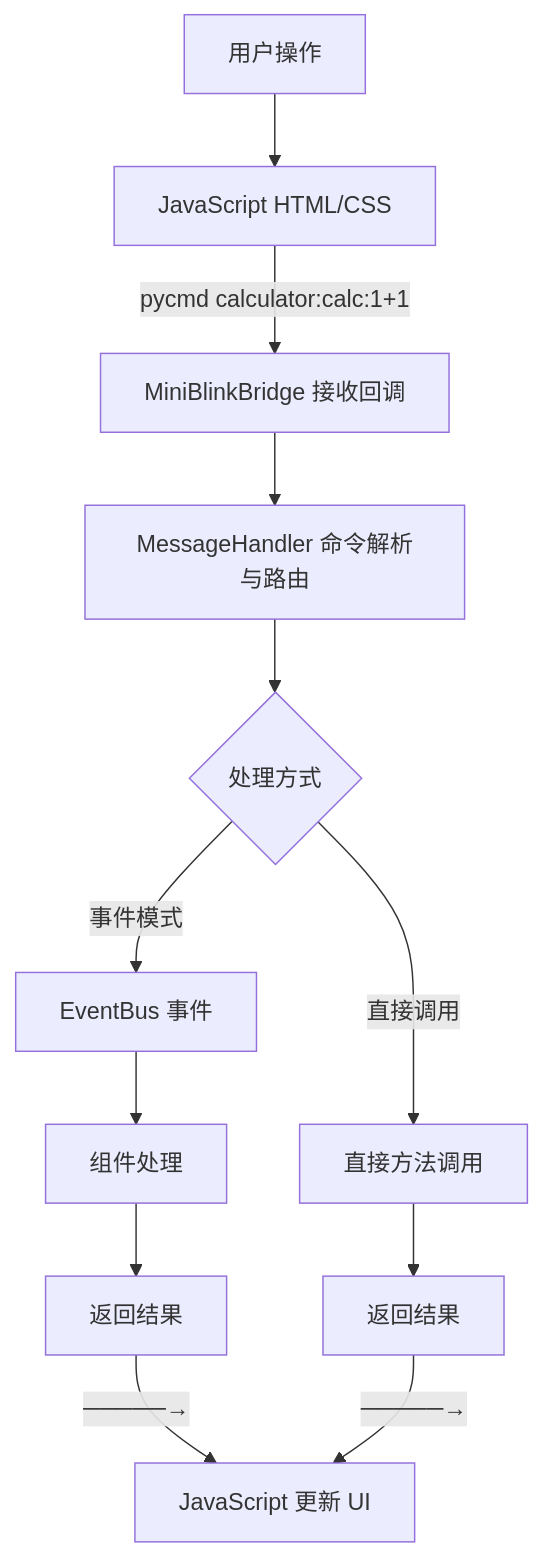
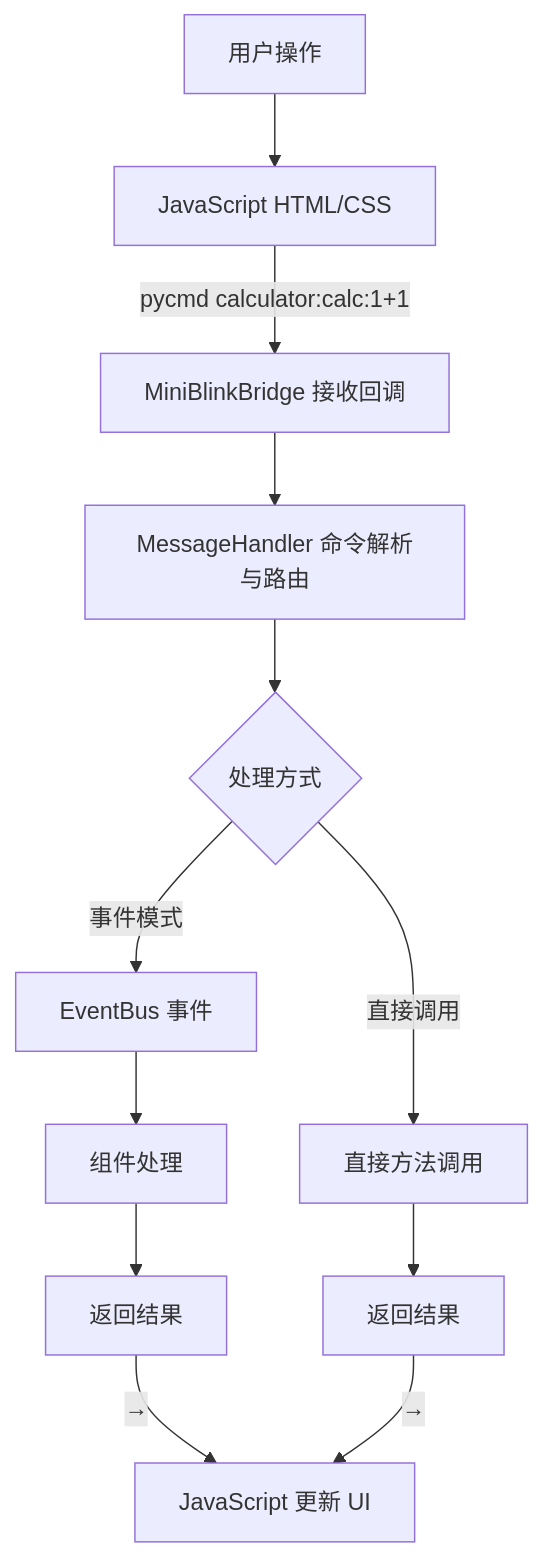
The third of 4 diagrams in README.md (xiaojinao/Cellium), drawn with Mermaid before and after one commit. The commit also changed other lines of this file and 1 other file, not shown here.

First line of the commit message:
docs: 更新README中的流程图样式和描述

````diff
--- a/README.md
+++ b/README.md
@@ -175,17 +175,17 @@
 ```mermaid
 flowchart TD
-    A[用户操作] --> B[JavaScript HTML/CSS]
-    B -->|pycmd calculator:calc:1+1| C[MiniBlinkBridge 接收回调]
-    C --> D[MessageHandler 命令解析与路由]
+    A["用户操作"] --> B["JavaScript HTML/CSS"]
+    B -->|"pycmd calculator:calc:1+1"| C["MiniBlinkBridge 接收回调"]
+    C --> D["MessageHandler 命令解析与路由"]
     
     D --> E{处理方式}
-    E -->|事件模式| F[EventBus 事件]
-    E -->|直接调用| G[直接方法调用]
+    E -->|"事件模式"| F["EventBus 事件"]
+    E -->|"直接调用"| G["直接方法调用"]
     
-    F --> H[组件处理]
-    G --> I[返回结果]
-    H --> J[返回结果]
+    F --> H["组件处理"]
+    G --> I["返回结果"]
+    H --> J["返回结果"]
     
-    J -->|─────→| K[JavaScript 更新 UI]
-    I -->|─────→| K
+    J -->|"→"| K["JavaScript 更新 UI"]
+    I -->|"→"| K
 ```
````
